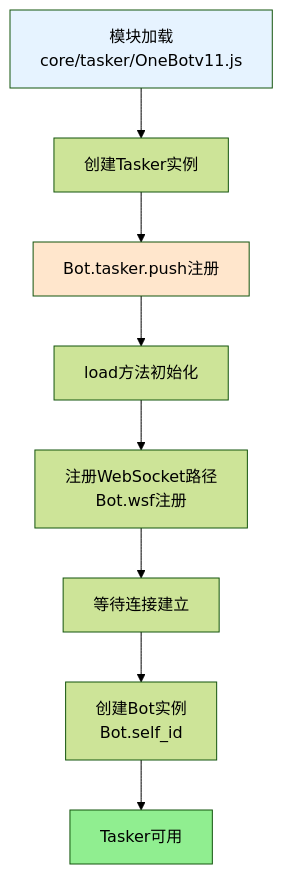
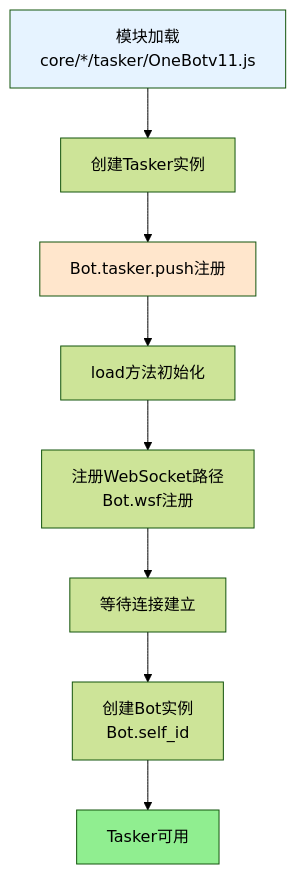
Before and after one commit to sunflowermm/XRK-AGT: the second of 3 diagrams in docs/tasker-onebotv11.md, drawn with Mermaid (forest theme). The commit also changed 27 other files, not shown here.

````diff
--- a/docs/tasker-onebotv11.md
+++ b/docs/tasker-onebotv11.md
@@ -187,14 +187,14 @@
 ```mermaid
 flowchart TB
-    A[模块加载<br/>core/tasker/OneBotv11.js] --> B[创建Tasker实例]
+    A[模块加载<br/>core/*/tasker/OneBotv11.js] --> B[创建Tasker实例]
     B --> C[Bot.tasker.push注册]
     C --> D[load方法初始化]
     D --> E[注册WebSocket路径<br/>Bot.wsf注册]
     E --> F[等待连接建立]
     F --> G[创建Bot实例<br/>Bot.self_id]
     G --> H[Tasker可用]
     
     style A fill:#E6F3FF
     style C fill:#FFE6CC
     style H fill:#90EE90
 ```
````
